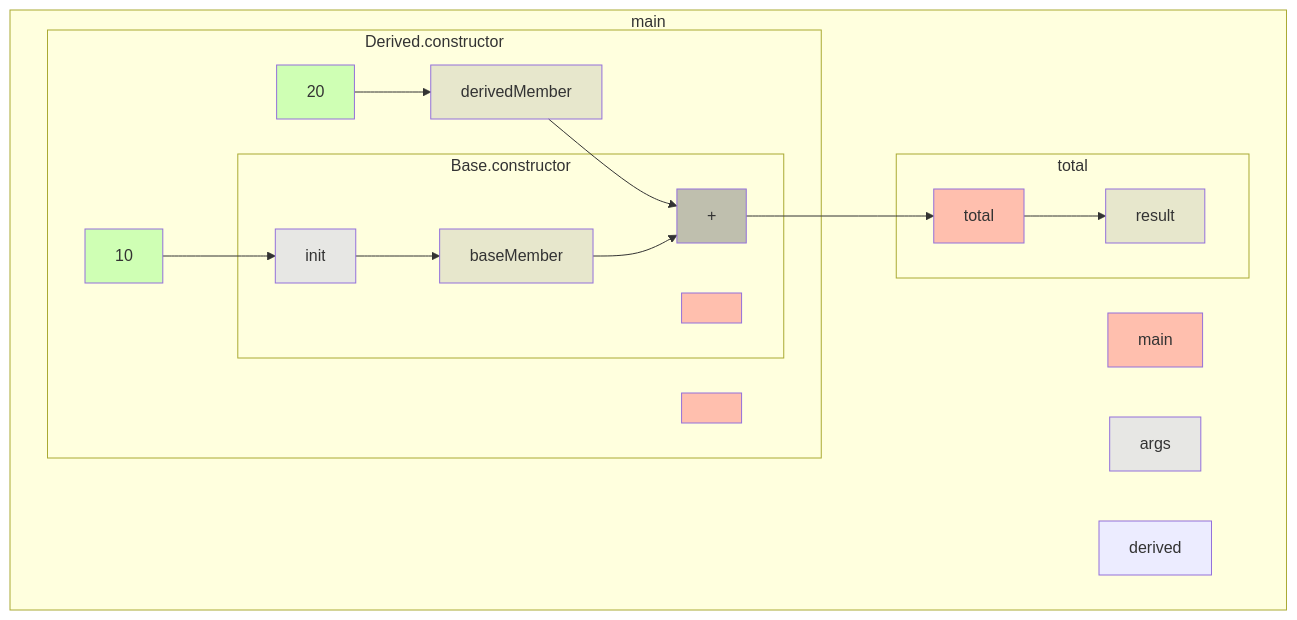
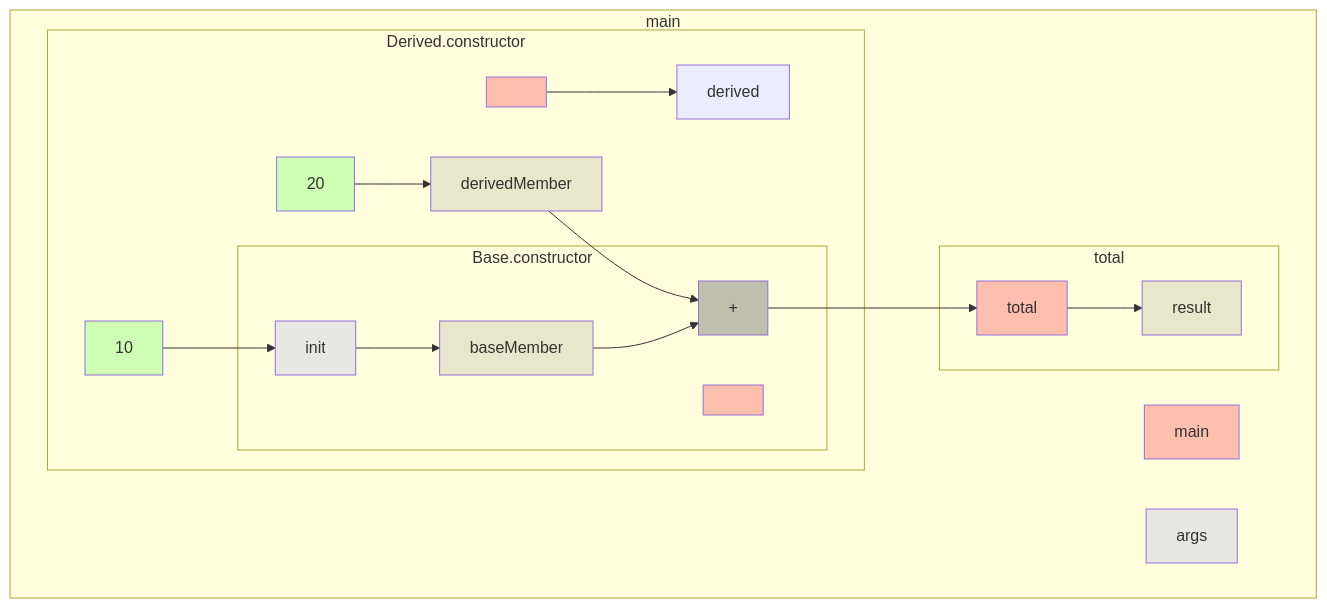
Before and after one commit to gstiebler/codeflow: the diagram in app/src/test/resources/superCall/truth.md, drawn with Mermaid. The commit also changed 57 other files, not shown here.

````diff
--- a/app/src/test/resources/superCall/truth.md
+++ b/app/src/test/resources/superCall/truth.md
@@ -1,37 +1,38 @@
 ```mermaid
 flowchart TD
   subgraph b0["main"]
     n1[main]:::RETURN
     n2[args]:::FUNC_PARAM
     n3[derived]:::OBJ_VARIABLE
     n13[result]:::VARIABLE
     subgraph b4["Derived.constructor"]
       n5[<init>]:::RETURN
       n9[10]:::LITERAL
       n11[derivedMember]:::VARIABLE
       n12[20]:::LITERAL
+      n5[<init>]:::RETURN --> n3[derived]:::OBJ_VARIABLE
       n9[10]:::LITERAL --> n8[init]:::FUNC_PARAM
       n11[derivedMember]:::VARIABLE --> n16[+]:::BIN_OP
       n12[20]:::LITERAL --> n11[derivedMember]:::VARIABLE
       subgraph b6["Base.constructor"]
         n7[<init>]:::RETURN
         n8[init]:::FUNC_PARAM
         n10[baseMember]:::VARIABLE
         n8[init]:::FUNC_PARAM --> n10[baseMember]:::VARIABLE
         n10[baseMember]:::VARIABLE --> n16[+]:::BIN_OP
       end
     end
     subgraph b14["total"]
       n15[total]:::RETURN
       n16[+]:::BIN_OP
       n15[total]:::RETURN --> n13[result]:::VARIABLE
       n16[+]:::BIN_OP --> n15[total]:::RETURN
     end
   end
   classDef LITERAL fill:#00FF0030
   classDef VARIABLE fill:#80808030
   classDef BIN_OP fill:#80808080
   classDef FUNC_PARAM fill:#8080FF30
   classDef RETURN fill:#FF808080
   classDef EXTERNAL fill:#FFA50040
 ```
````
